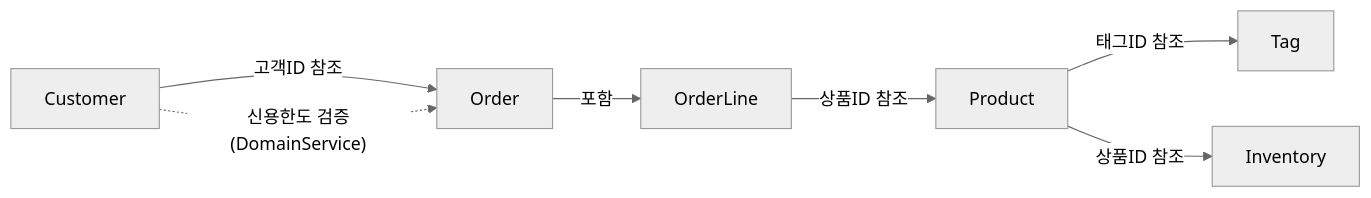
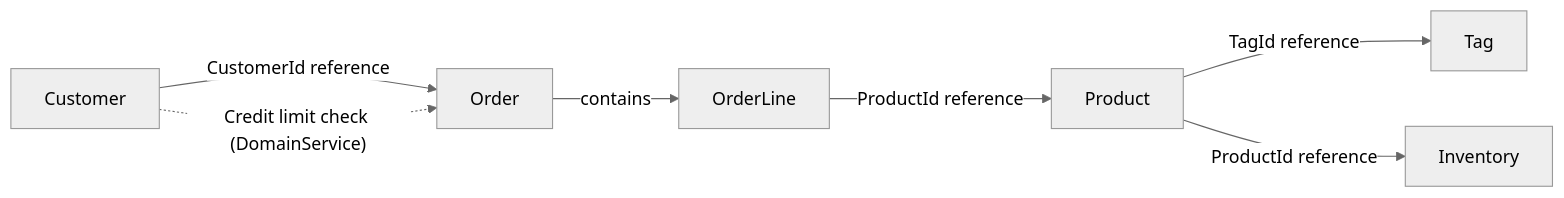
One commit to hhko/Functorium changed the diagram in Docs.Site/src/content/docs/samples/ecommerce-ddd/index.md. Above: the diagram before and after it, drawn with Mermaid (neutral theme). The commit also changed other lines of this file and 39 other files, not shown here.

Commit message:
docs(i18n): ecommerce-ddd 샘플, architecture-rules 튜토리얼, specification 서론 영문 번역

````diff
--- a/Docs.Site/src/content/docs/samples/ecommerce-ddd/index.md
+++ b/Docs.Site/src/content/docs/samples/ecommerce-ddd/index.md
@@ -136,9 +136,9 @@
 ```mermaid
 graph LR
-    Customer -->|"고객ID 참조"| Order
-    Order -->|"포함"| OrderLine
-    OrderLine -->|"상품ID 참조"| Product
-    Product -->|"태그ID 참조"| Tag
-    Product -->|"상품ID 참조"| Inventory
-    Customer -.->|"신용한도 검증(DomainService)"| Order
+    Customer -->|"CustomerId reference"| Order
+    Order -->|"contains"| OrderLine
+    OrderLine -->|"ProductId reference"| Product
+    Product -->|"TagId reference"| Tag
+    Product -->|"ProductId reference"| Inventory
+    Customer -.->|"Credit limit check (DomainService)"| Order
 ```
````
